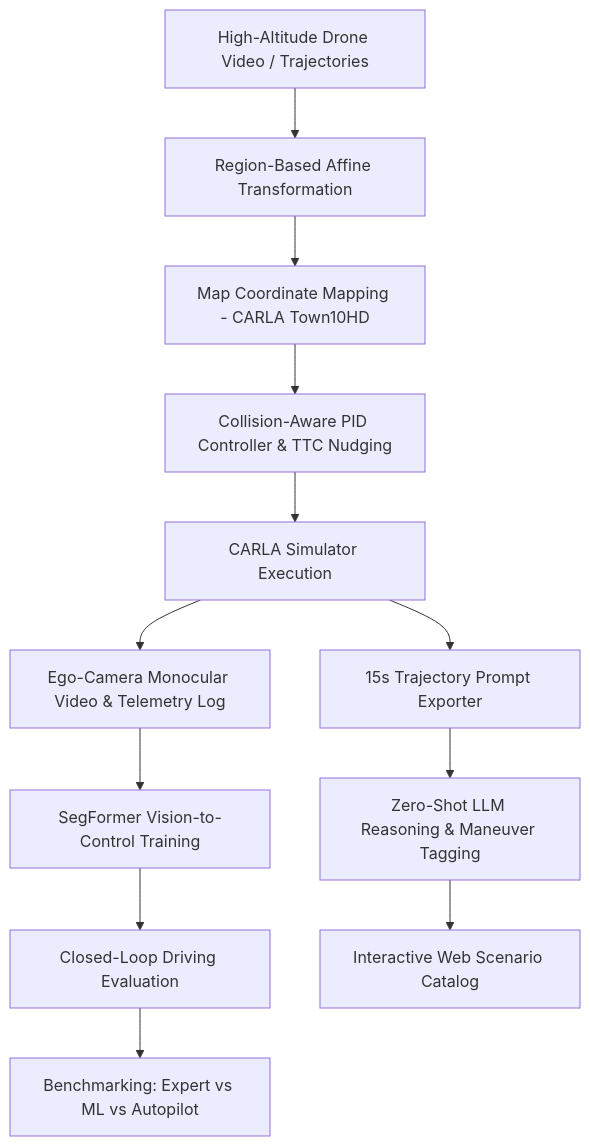
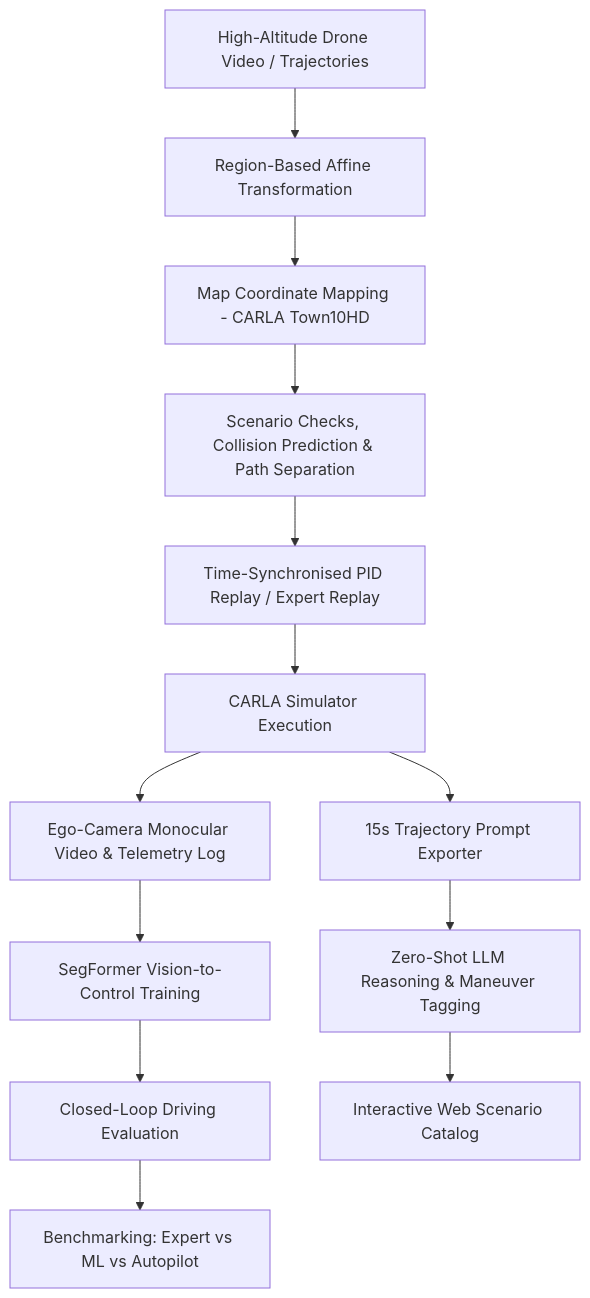
The diagram in README.md (rajvamsi12/real2sim-trajectory-style-transfer), drawn with Mermaid before and after one commit. The commit also changed other lines of this file and 1 other file, not shown here.

````diff
--- a/README.md
+++ b/README.md
@@ -32,14 +35,15 @@
 ```mermaid
 flowchart TD
     A[High-Altitude Drone Video / Trajectories] --> B[Region-Based Affine Transformation]
     B --> C[Map Coordinate Mapping - CARLA Town10HD]
-    C --> D[Collision-Aware PID Controller & TTC Nudging]
+    C --> V[Scenario Checks, Collision Prediction & Path Separation]
+    V --> D[Time-Synchronised PID Replay / Expert Replay]
     D --> E[CARLA Simulator Execution]
     E --> F[Ego-Camera Monocular Video & Telemetry Log]
     E --> G[15s Trajectory Prompt Exporter]
     G --> H[Zero-Shot LLM Reasoning & Maneuver Tagging]
     F --> I[SegFormer Vision-to-Control Training]
     I --> J[Closed-Loop Driving Evaluation]
     H --> K[Interactive Web Scenario Catalog]
     J --> L[Benchmarking: Expert vs ML vs Autopilot]
 ```
````
